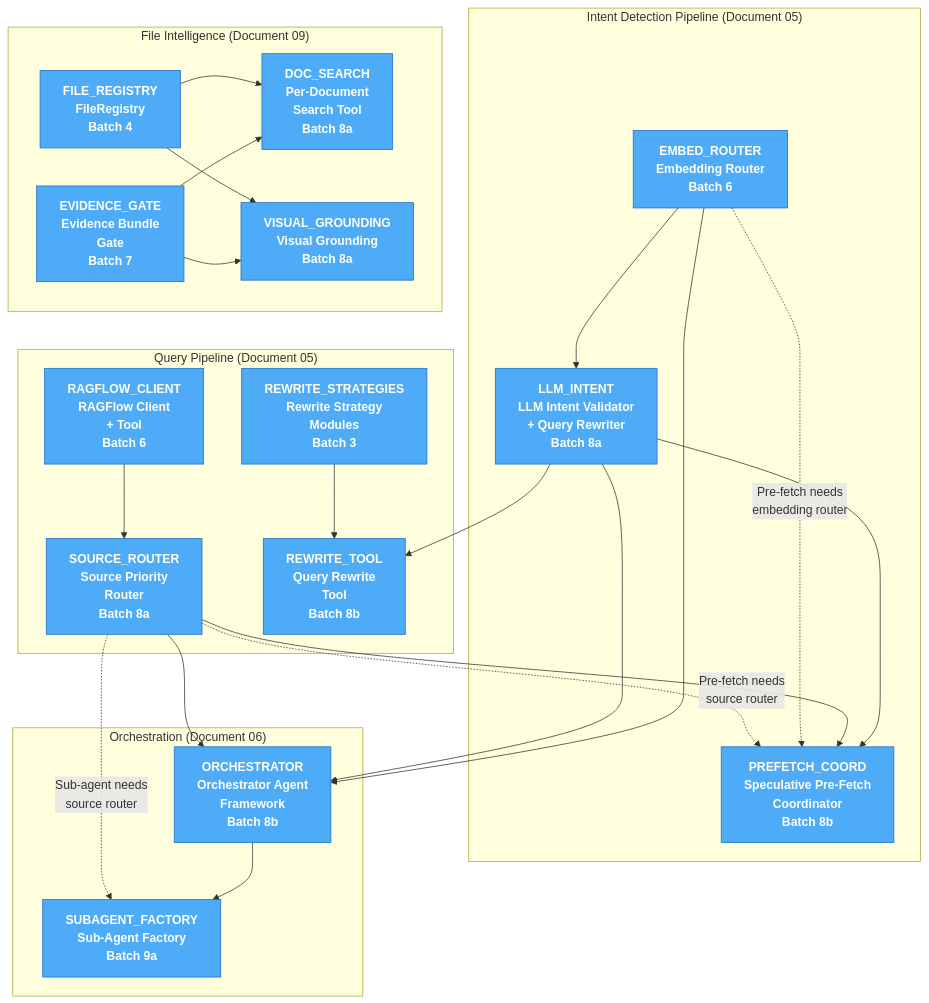
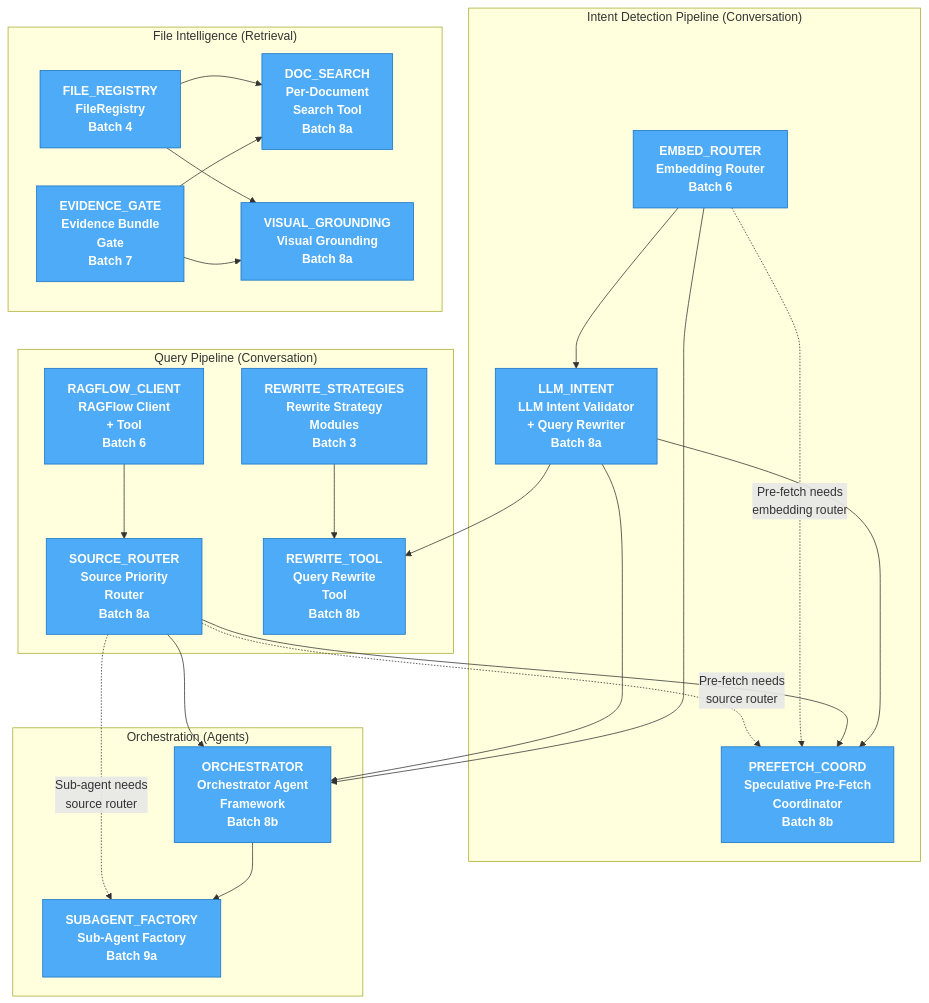
Before and after one commit to 1qh/safeagent: the seventh of 10 diagrams in plan/execution.md, drawn with Mermaid. The commit also changed other lines of this file and 16 other files, not shown here.

````diff
--- a/plan/execution.md
+++ b/plan/execution.md
@@ -696,47 +696,47 @@
 ```mermaid
 graph TB
-    subgraph INTENT_PIPELINE["Intent Detection Pipeline (Document 05)"]
+    subgraph INTENT_PIPELINE["Intent Detection Pipeline (Conversation)"]
         EMBED_ROUTER["EMBED_ROUTER<br/>Embedding Router<br/>Batch 6"]:::new
         LLM_INTENT["LLM_INTENT<br/>LLM Intent Validator<br/>+ Query Rewriter<br/>Batch 8a"]:::new
         PREFETCH_COORD["PREFETCH_COORD<br/>Speculative Pre-Fetch<br/>Coordinator<br/>Batch 8b"]:::new
     end
 
-    subgraph QUERY_PIPELINE["Query Pipeline (Document 05)"]
+    subgraph QUERY_PIPELINE["Query Pipeline (Conversation)"]
         REWRITE_STRATEGIES["REWRITE_STRATEGIES<br/>Rewrite Strategy<br/>Modules<br/>Batch 3"]:::new
         RAGFLOW_CLIENT["RAGFLOW_CLIENT<br/>RAGFlow Client<br/>+ Tool<br/>Batch 6"]:::new
         SOURCE_ROUTER["SOURCE_ROUTER<br/>Source Priority<br/>Router<br/>Batch 8a"]:::new
         REWRITE_TOOL["REWRITE_TOOL<br/>Query Rewrite<br/>Tool<br/>Batch 8b"]:::new
     end
 
-    subgraph FILE_INTELLIGENCE["File Intelligence (Document 09)"]
+    subgraph FILE_INTELLIGENCE["File Intelligence (Retrieval)"]
         FILE_REGISTRY["FILE_REGISTRY<br/>FileRegistry<br/>Batch 4"]:::new
         EVIDENCE_GATE["EVIDENCE_GATE<br/>Evidence Bundle<br/>Gate<br/>Batch 7"]:::new
         DOC_SEARCH["DOC_SEARCH<br/>Per-Document<br/>Search Tool<br/>Batch 8a"]:::new
         VISUAL_GROUNDING["VISUAL_GROUNDING<br/>Visual Grounding<br/>Batch 8a"]:::new
     end
 
-    subgraph ORCHESTRATION["Orchestration (Document 06)"]
+    subgraph ORCHESTRATION["Orchestration (Agents)"]
         ORCHESTRATOR["ORCHESTRATOR<br/>Orchestrator Agent<br/>Framework<br/>Batch 8b"]:::new
         SUBAGENT_FACTORY["SUBAGENT_FACTORY<br/>Sub-Agent Factory<br/>Batch 9a"]:::new
     end
 
     EMBED_ROUTER --> LLM_INTENT --> PREFETCH_COORD
     LLM_INTENT --> REWRITE_TOOL
     RAGFLOW_CLIENT --> SOURCE_ROUTER --> PREFETCH_COORD
     REWRITE_STRATEGIES --> REWRITE_TOOL
     FILE_REGISTRY --> DOC_SEARCH
     FILE_REGISTRY --> VISUAL_GROUNDING
     EVIDENCE_GATE --> DOC_SEARCH
     EVIDENCE_GATE --> VISUAL_GROUNDING
     EMBED_ROUTER --> ORCHESTRATOR
     LLM_INTENT --> ORCHESTRATOR
     SOURCE_ROUTER --> ORCHESTRATOR
     ORCHESTRATOR --> SUBAGENT_FACTORY
 
     %% Cross-pipeline dependencies
     EMBED_ROUTER -.->|"Pre-fetch needs<br/>embedding router"| PREFETCH_COORD
     SOURCE_ROUTER -.->|"Pre-fetch needs<br/>source router"| PREFETCH_COORD
     SOURCE_ROUTER -.->|"Sub-agent needs<br/>source router"| SUBAGENT_FACTORY
 
     classDef new fill:#4dabf7,stroke:#1971c2,color:white,font-weight:bold
 ```
````
